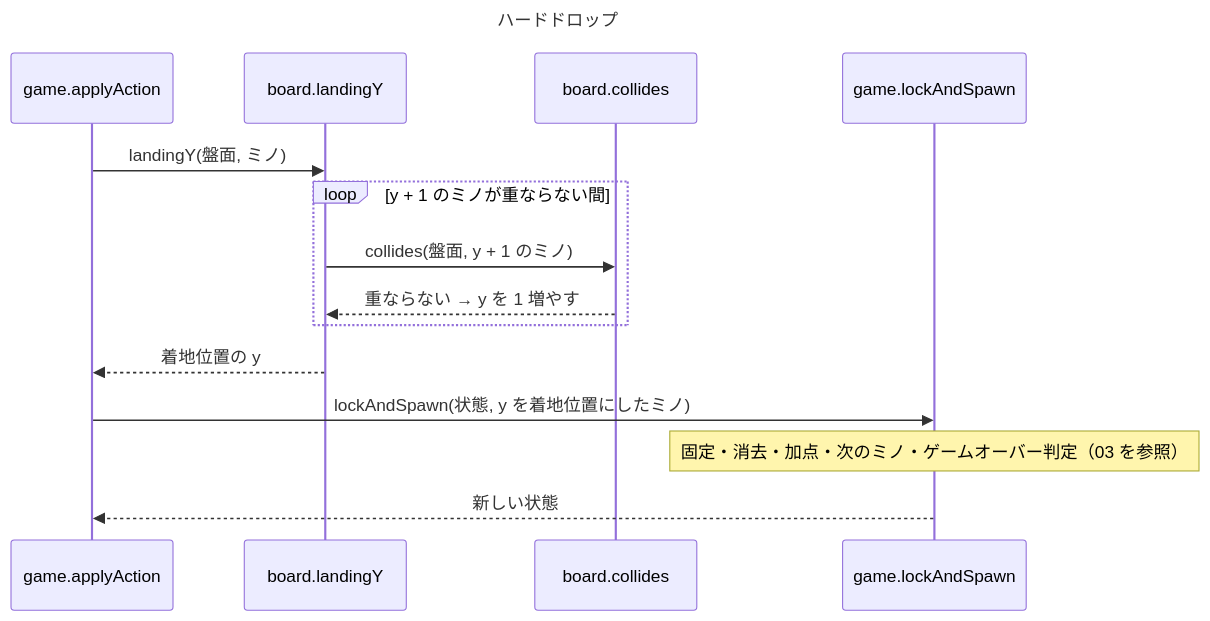
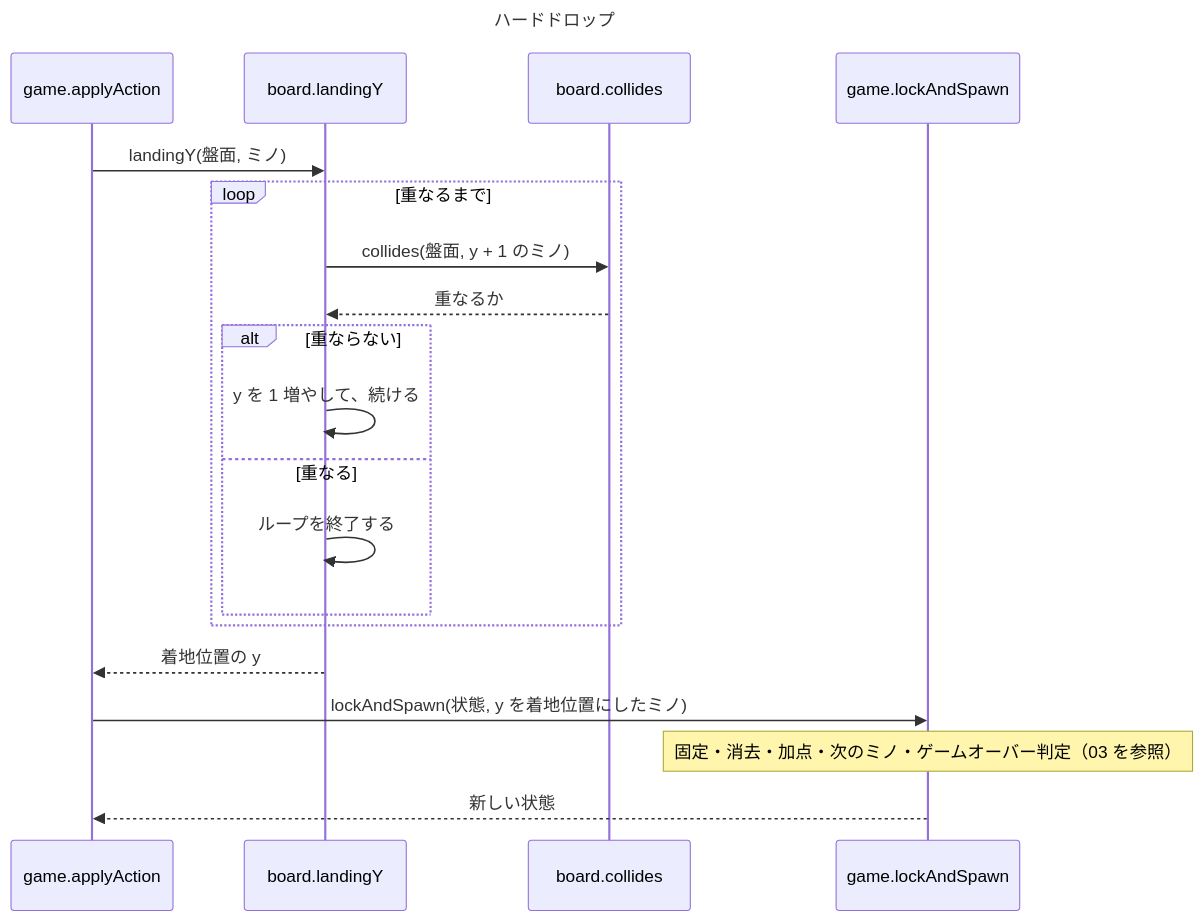
The diagram in docs/diagrams/detail/04-hard-drop.mmd (yoshimaru0419/mobile-claude-test), drawn with Mermaid before and after one commit. The commit also changed 5 other files, not shown here.

First line of the commit message:
API-109: 詳細設計のシーケンス図に、レビューの指摘を反映する

```diff
--- a/docs/diagrams/detail/04-hard-drop.mmd
+++ b/docs/diagrams/detail/04-hard-drop.mmd
@@ -1,17 +1,22 @@
 ---
 title: ハードドロップ
 ---
 sequenceDiagram
   participant A as game.applyAction
   participant D as board.landingY
   participant X as board.collides
   participant L as game.lockAndSpawn
   A->>D: landingY(盤面, ミノ)
-  loop y + 1 のミノが重ならない間
+  loop 重なるまで
     D->>X: collides(盤面, y + 1 のミノ)
-    X-->>D: 重ならない → y を 1 増やす
+    X-->>D: 重なるか
+    alt 重ならない
+      D->>D: y を 1 増やして、続ける
+    else 重なる
+      D->>D: ループを終了する
+    end
   end
   D-->>A: 着地位置の y
   A->>L: lockAndSpawn(状態, y を着地位置にしたミノ)
   Note over L: 固定・消去・加点・次のミノ・ゲームオーバー判定（03 を参照）
   L-->>A: 新しい状態
```
